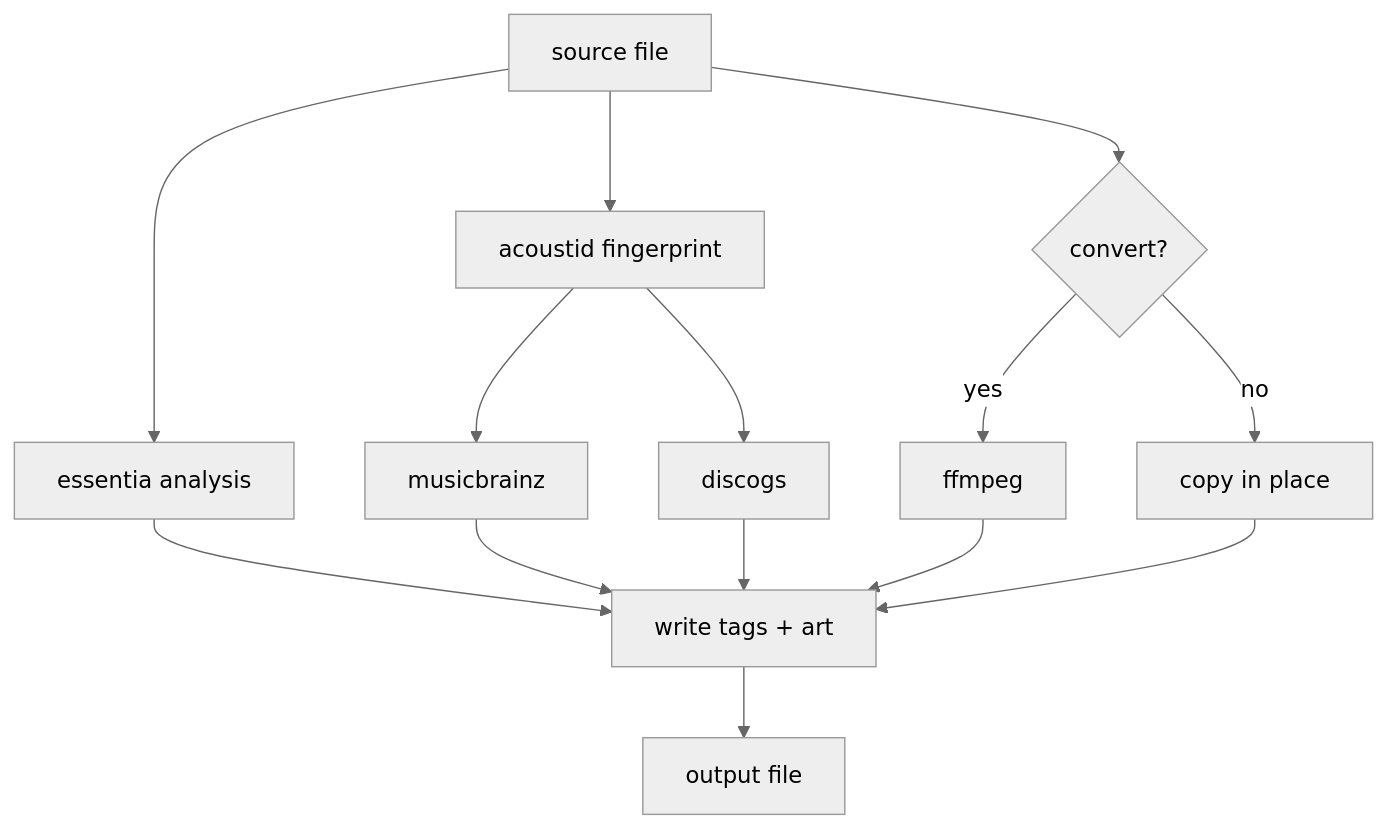
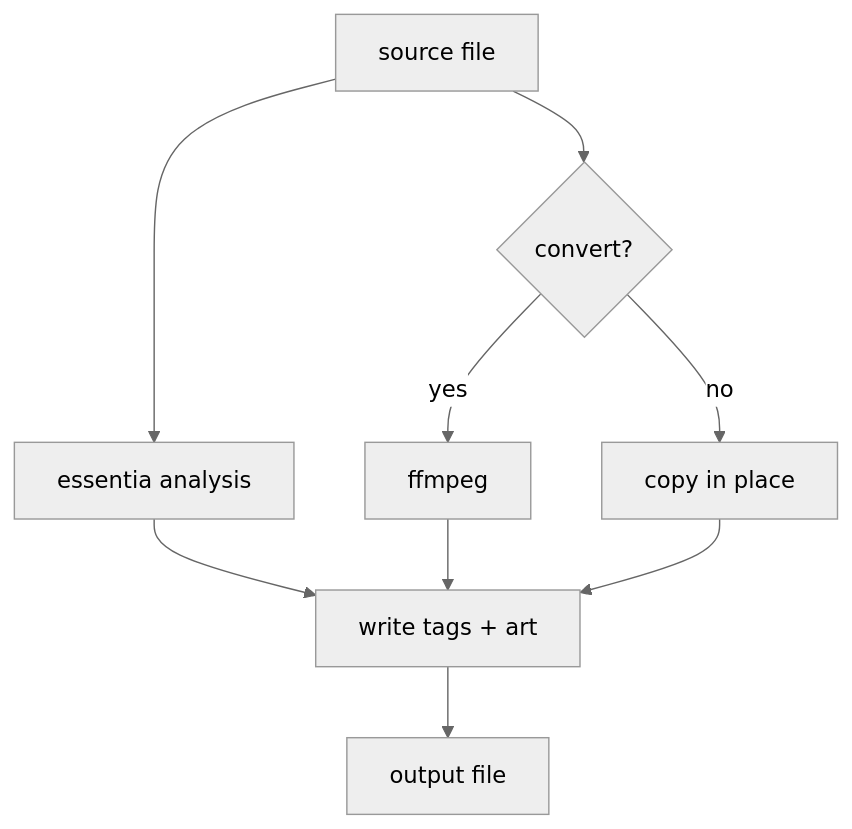
One commit to abelsonlive/avalon changed the diagram in README.md. Above: the diagram before and after it, drawn with Mermaid (neutral theme). The commit also changed other lines of this file and 27 other files, not shown here.

````diff
--- a/README.md
+++ b/README.md
@@ -51,17 +59,12 @@
 ```mermaid
 flowchart TD
     src[source file]
     src --> analyze[essentia analysis]
-    src --> fp[acoustid fingerprint]
-    fp --> mb[musicbrainz]
-    fp --> discogs[discogs]
     src --> conv{convert?}
     conv -->|yes| ffmpeg
     conv -->|no| copy[copy in place]
     analyze --> write[write tags + art]
-    mb --> write
-    discogs --> write
     ffmpeg --> write
     copy --> write
     write --> out[output file]
 ```
````
